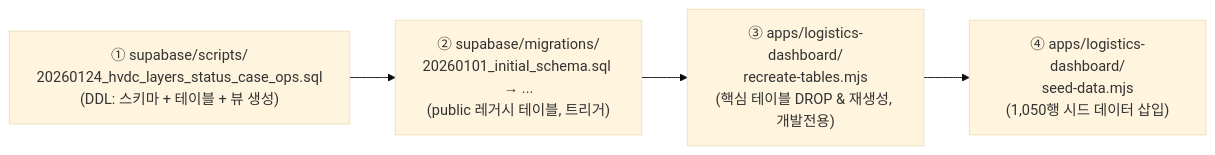
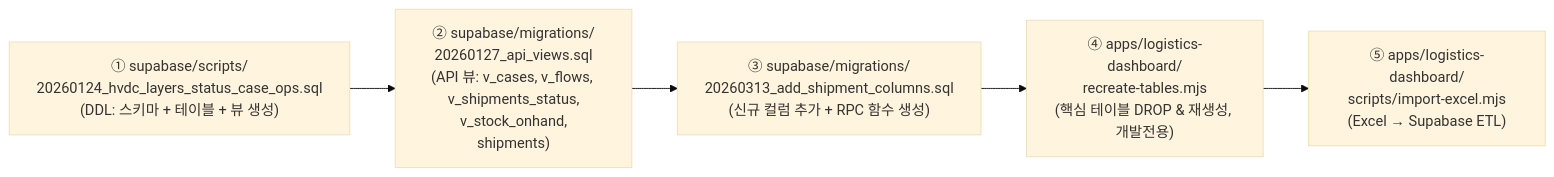
One commit to macho715/logi_hvdc_dash changed the tenth of 12 diagrams in apps/logistics-dashboard/docs/SUPABASE.md. Above: the diagram before and after it, drawn with Mermaid (base theme). The commit also changed other lines of this file and 80 other files, not shown here.

First line of the commit message:
feat: HVDC logistics dashboard v2.0 — cockpit rework + layout fix

````diff
--- a/apps/logistics-dashboard/docs/SUPABASE.md
+++ b/apps/logistics-dashboard/docs/SUPABASE.md
@@ -768,9 +869,10 @@
 ```mermaid
 flowchart LR
     S1["① supabase/scripts/\n20260124_hvdc_layers_status_case_ops.sql\n(DDL: 스키마 + 테이블 + 뷰 생성)"]
-    S2["② supabase/migrations/\n20260101_initial_schema.sql → ...\n(public 레거시 테이블, 트리거)"]
-    S3["③ apps/logistics-dashboard/\nrecreate-tables.mjs\n(핵심 테이블 DROP & 재생성, 개발전용)"]
-    S4["④ apps/logistics-dashboard/\nseed-data.mjs\n(1,050행 시드 데이터 삽입)"]
+    S2["② supabase/migrations/\n20260127_api_views.sql\n(API 뷰: v_cases, v_flows, v_shipments_status,\n v_stock_onhand, shipments)"]
+    S3["③ supabase/migrations/\n20260313_add_shipment_columns.sql\n(신규 컬럼 추가 + RPC 함수 생성)"]
+    S4["④ apps/logistics-dashboard/\nrecreate-tables.mjs\n(핵심 테이블 DROP & 재생성, 개발전용)"]
+    S5["⑤ apps/logistics-dashboard/\nscripts/import-excel.mjs\n(Excel → Supabase ETL)"]
 
-    S1 --> S2 --> S3 --> S4
+    S1 --> S2 --> S3 --> S4 --> S5
 ```
````
